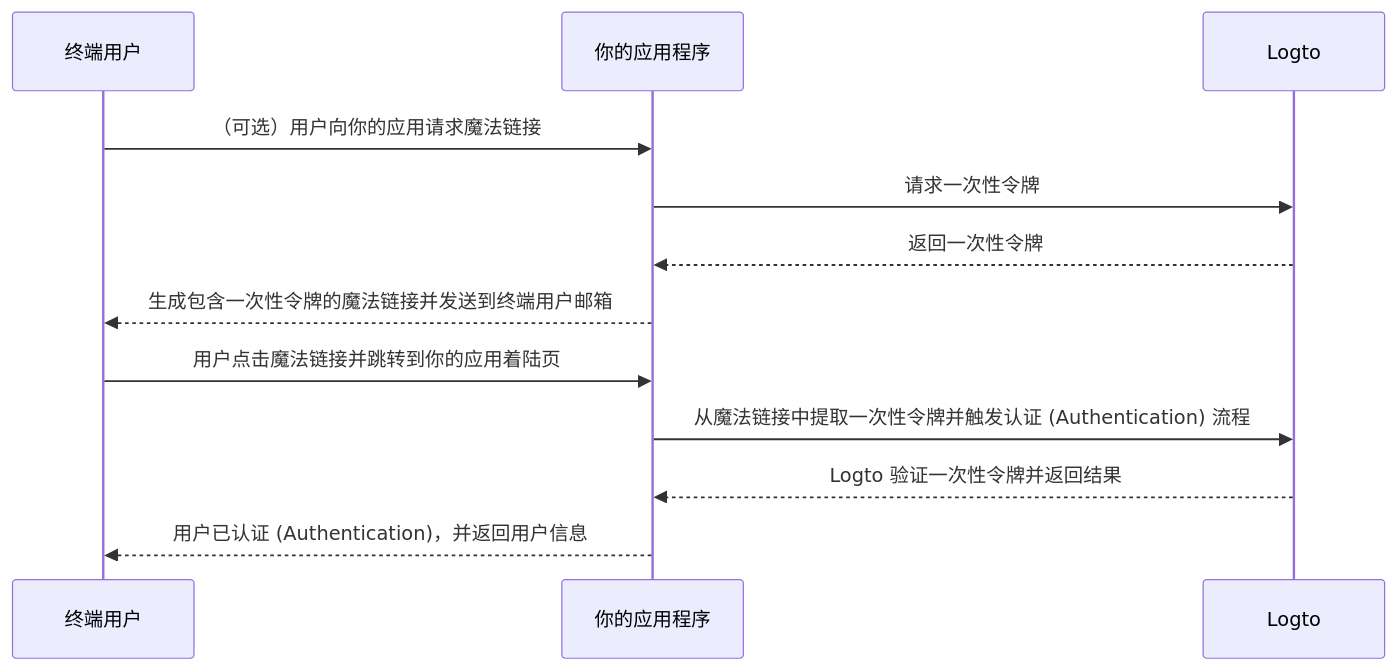
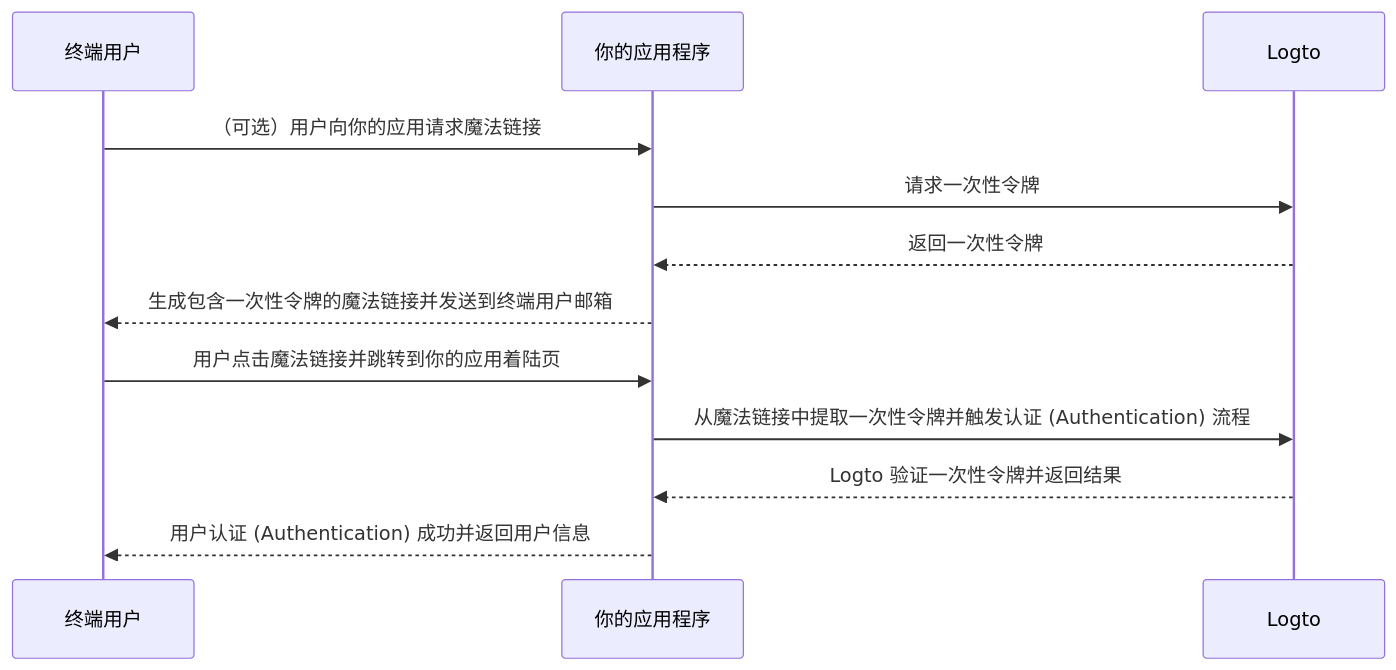
Before and after one commit to logto-io/docs: the diagram in i18n/zh-CN/docusaurus-plugin-content-docs/current/end-user-flows/one-time-token.mdx, drawn with Mermaid. The commit also changed other lines of this file and 666 other files, not shown here.

````diff
--- a/i18n/zh-CN/docusaurus-plugin-content-docs/current/end-user-flows/one-time-token.mdx
+++ b/i18n/zh-CN/docusaurus-plugin-content-docs/current/end-user-flows/one-time-token.mdx
@@ -38,15 +38,15 @@
 ```mermaid
 sequenceDiagram
   participant U as 终端用户
   participant C as 你的应用程序
   participant L as Logto
 
   U ->> C: （可选）用户向你的应用请求魔法链接
   C ->> L: 请求一次性令牌
   L -->> C: 返回一次性令牌
   C -->> U: 生成包含一次性令牌的魔法链接并发送到终端用户邮箱
   U ->> C: 用户点击魔法链接并跳转到你的应用着陆页
   C ->> L: 从魔法链接中提取一次性令牌并触发认证 (Authentication) 流程
   L -->> C: Logto 验证一次性令牌并返回结果
-  C -->> U: 用户已认证 (Authentication)，并返回用户信息
+  C -->> U: 用户认证 (Authentication) 成功并返回用户信息
 ```
````
